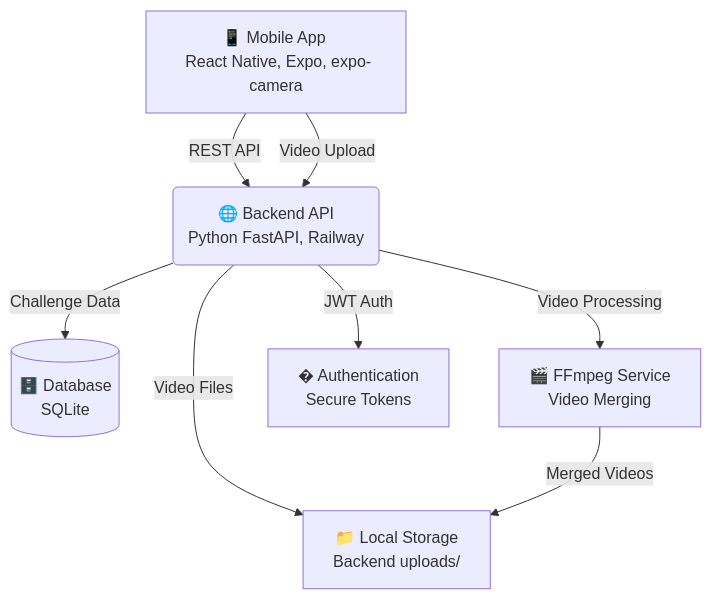
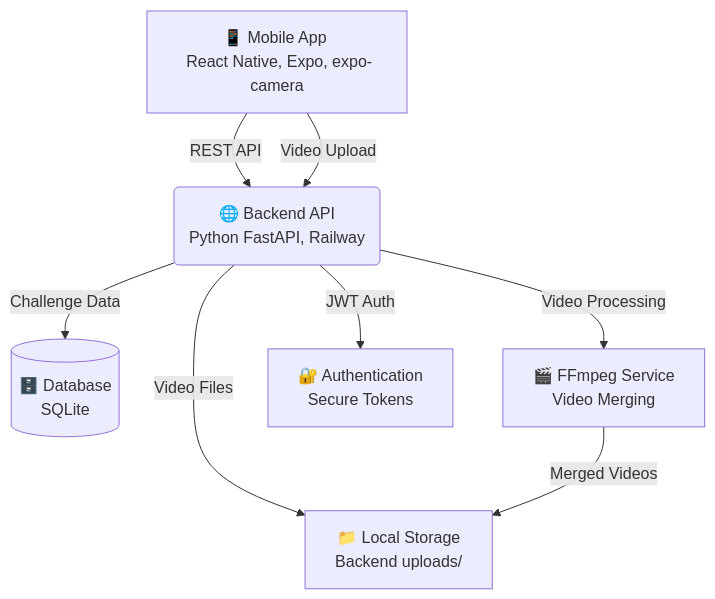
Before and after one commit to kingkw1/2Truths-1Lie: the diagram in docs/README.md, drawn with Mermaid. The commit also changed other lines of this file and 13 other files, not shown here.

````diff
--- a/docs/README.md
+++ b/docs/README.md
@@ -96,10 +76,10 @@
 ```mermaid
 graph TD
     A[📱 Mobile App <br> React Native, Expo, expo-camera] -->|REST API| B(🌐 Backend API <br> Python FastAPI, Railway);
     B -->|Challenge Data| C[(🗄️ Database <br> SQLite)];
     B -->|Video Files| D[📁 Local Storage <br> Backend uploads/];
     B -->|Video Processing| E[🎬 FFmpeg Service <br> Video Merging];
     A -->|Video Upload| B;
     E -->|Merged Videos| D;
-    B -->|JWT Auth| F[� Authentication <br> Secure Tokens];
+    B -->|JWT Auth| F[🔐 Authentication <br> Secure Tokens];
 ```
````
